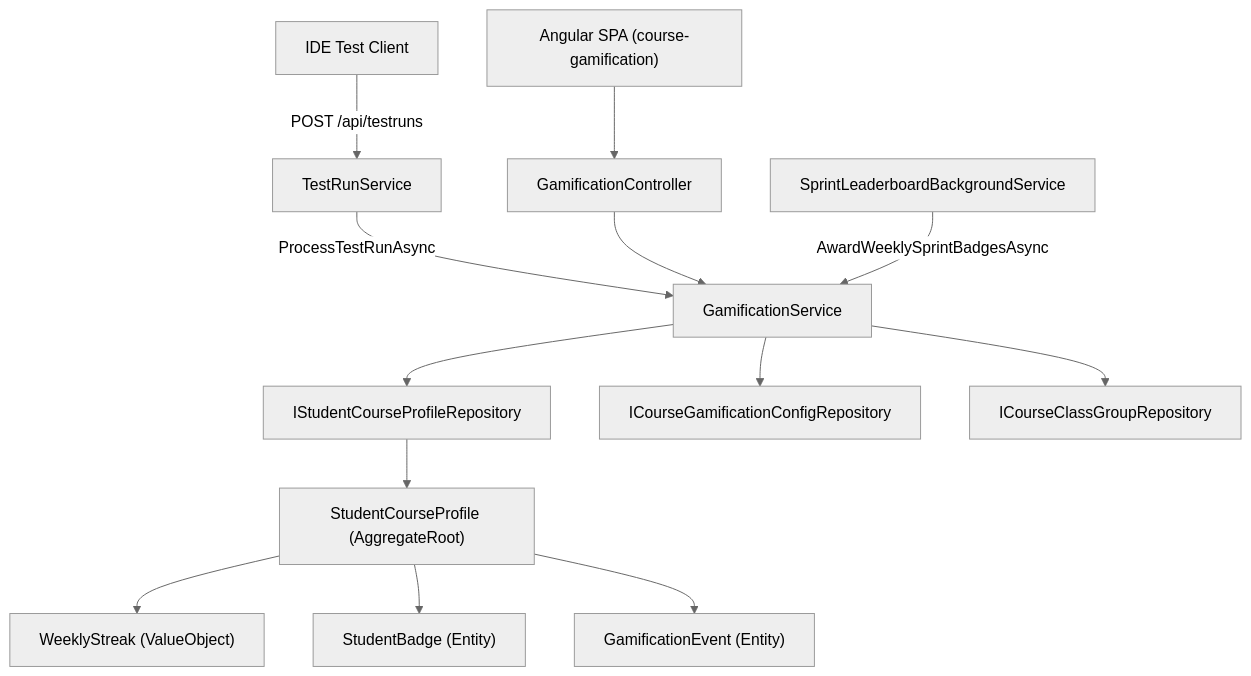
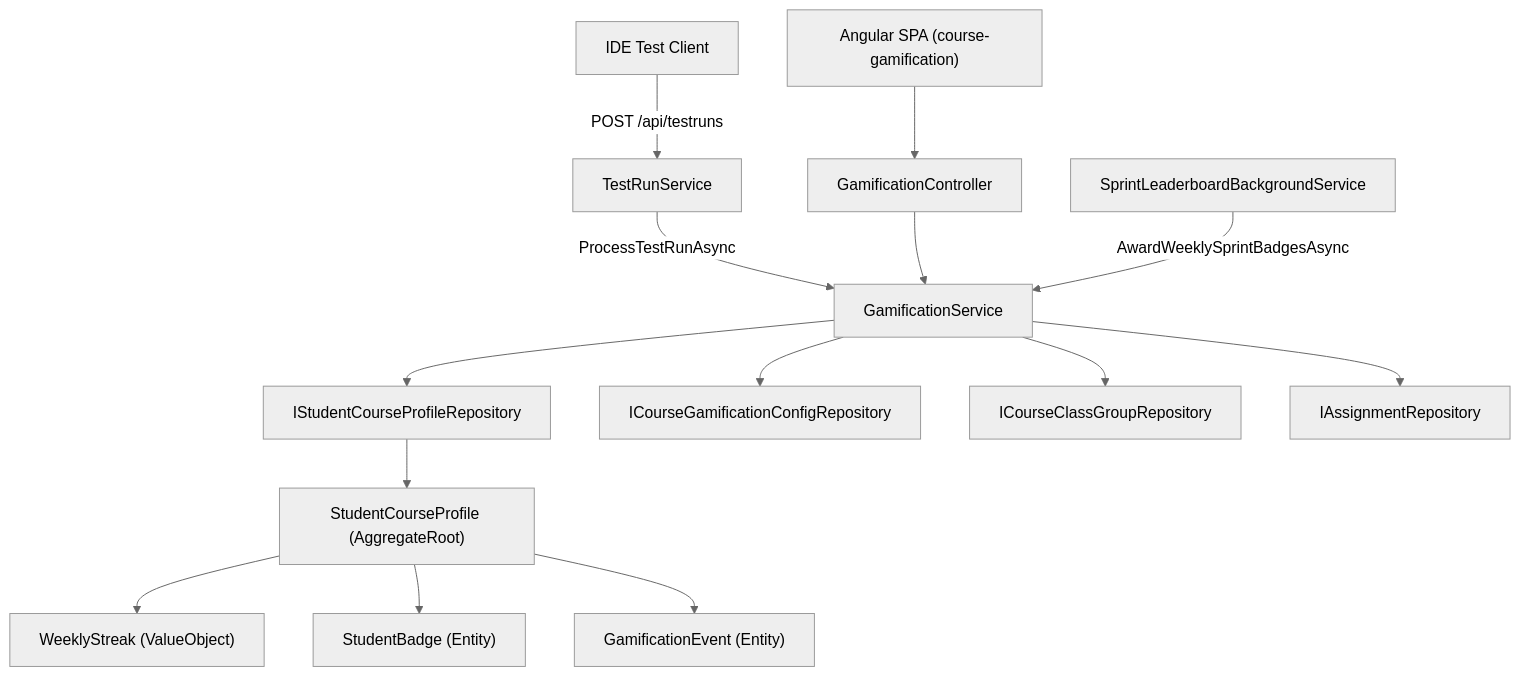
The diagram in Backoffice/specs/002-gamification/design.md (PXL-IT-NET/Guts), drawn with Mermaid (neutral theme) before and after one commit. The commit also changed other lines of this file and 15 other files, not shown here.

````diff
--- a/Backoffice/specs/002-gamification/design.md
+++ b/Backoffice/specs/002-gamification/design.md
@@ -13,15 +13,16 @@
 ```mermaid
 flowchart TD
     IDE["IDE Test Client"] -->|POST /api/testruns| TRS["TestRunService"]
     TRS -->|ProcessTestRunAsync| GS["GamificationService"]
     SPA["Angular SPA (course-gamification)"] --> GC["GamificationController"]
     GC --> GS
     BG["SprintLeaderboardBackgroundService"] -->|AwardWeeklySprintBadgesAsync| GS
     GS --> SCPR["IStudentCourseProfileRepository"]
     GS --> CGCR["ICourseGamificationConfigRepository"]
     GS --> CCGR["ICourseClassGroupRepository"]
+    GS --> AR["IAssignmentRepository"]
     SCPR --> SCP["StudentCourseProfile (AggregateRoot)"]
     SCP --> WS["WeeklyStreak (ValueObject)"]
     SCP --> SB["StudentBadge (Entity)"]
     SCP --> GE["GamificationEvent (Entity)"]
 ```
````
